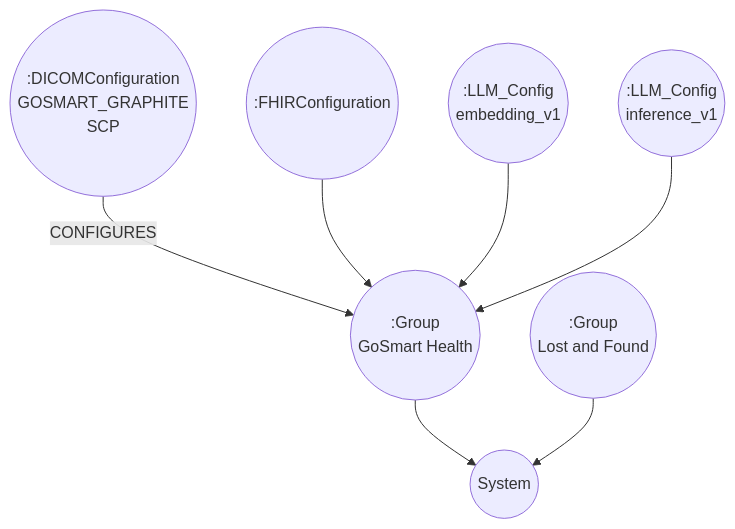
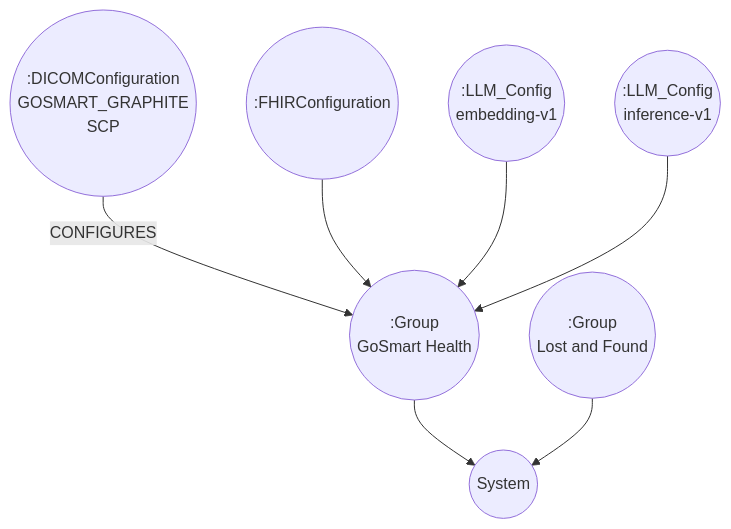
One commit to gosmart-health/gosmart-graphite changed the second of 3 diagrams in README.md. Above: the diagram before and after it, drawn with Mermaid. The commit also changed 11 other files, not shown here.

First line of the commit message:
(fix) align LLM embedding tag references with default constant of embedding-v1

````diff
--- a/README.md
+++ b/README.md
@@ -885,9 +885,9 @@
 ```mermaid
 flowchart TD
     n2((":Group<br>GoSmart Health")) --> n1(("System"))
     n3((":DICOMConfiguration<br>GOSMART_GRAPHITE<br>SCP")) -- CONFIGURES --> n2
     n4((":FHIRConfiguration")) --> n2
-    n5((":LLM_Config<br>embedding_v1")) --> n2
-    n6((":LLM_Config<br>inference_v1")) --> n2
+    n5((":LLM_Config<br>embedding-v1")) --> n2
+    n6((":LLM_Config<br>inference-v1")) --> n2
     n7((":Group<br>Lost and Found")) --> n1
 ```
````
